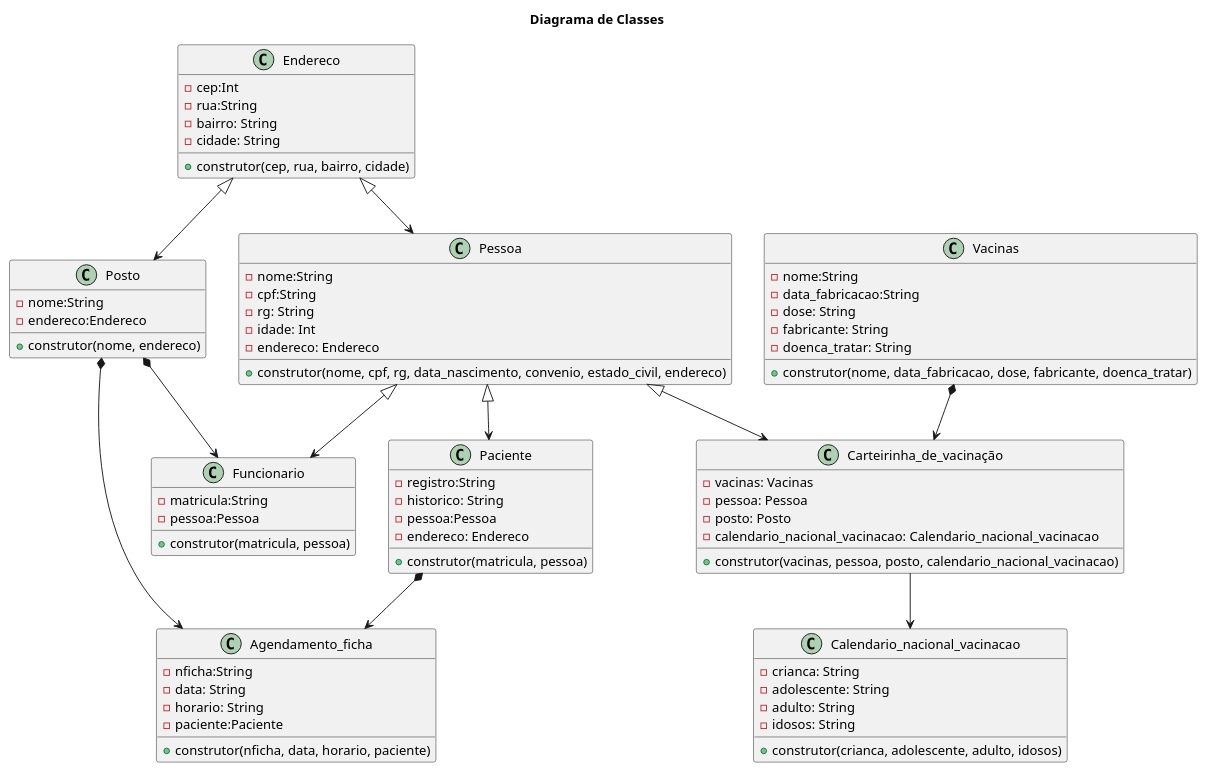
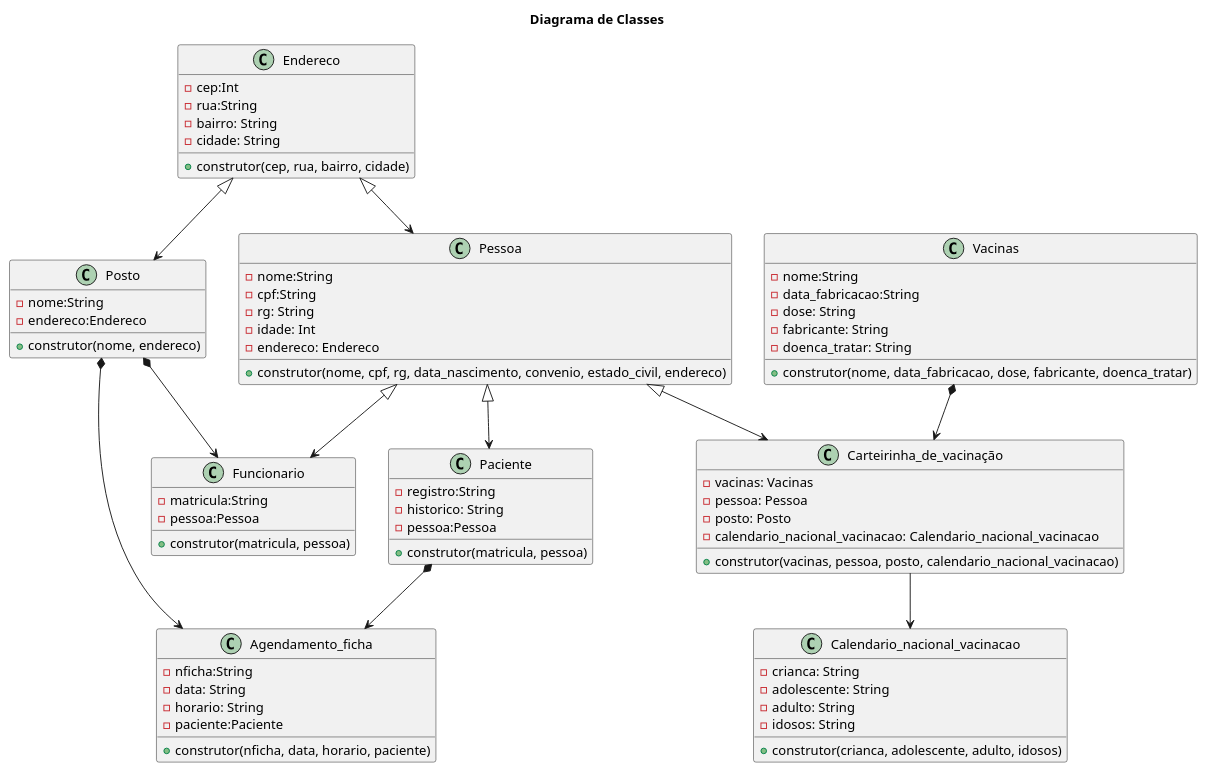
Before and after one commit to anleaes/2022-1-N2-POO-04: the diagram in @startuml herenca composicao.plantUML, drawn with PlantUML.

Commit message:
reformulação do paciente no diagrama

```diff
--- a/@startuml herenca composicao.plantUML
+++ b/@startuml herenca composicao.plantUML
@@ -1,92 +1,91 @@
 @startuml herenca composicao
 
 title Diagrama de Classes
 
 class Carteirinha_de_vacinação{
     - vacinas: Vacinas
     - pessoa: Pessoa
     - posto: Posto
     - calendario_nacional_vacinacao: Calendario_nacional_vacinacao
     + construtor(vacinas, pessoa, posto, calendario_nacional_vacinacao)
 } 
  
 
 class Posto{
     - nome:String
     - endereco:Endereco
     + construtor(nome, endereco)
 
 }
 
 class Calendario_nacional_vacinacao{
     - crianca: String
     - adolescente: String
     - adulto: String
     - idosos: String
     + construtor(crianca, adolescente, adulto, idosos)
 } 
 
 
 
 class Endereco{
     - cep:Int
     - rua:String
     - bairro: String
     - cidade: String
     + construtor(cep, rua, bairro, cidade)
 }
 
 class Pessoa{
     - nome:String
     - cpf:String
     - rg: String
     - idade: Int
     - endereco: Endereco
     + construtor(nome, cpf, rg, data_nascimento, convenio, estado_civil, endereco)
 }
 class Vacinas{
     - nome:String
     - data_fabricacao:String
     - dose: String
     - fabricante: String
     - doenca_tratar: String
     + construtor(nome, data_fabricacao, dose, fabricante, doenca_tratar)
 }
 
 class Funcionario{
     - matricula:String
     - pessoa:Pessoa
     + construtor(matricula, pessoa)
 
 }
 
 class Paciente{
     - registro:String
     - historico: String
     - pessoa:Pessoa
-    - endereco: Endereco
     + construtor(matricula, pessoa)
     }
 
 class Agendamento_ficha{
     - nficha:String
     - data: String
     - horario: String
     - paciente:Paciente
     + construtor(nficha, data, horario, paciente)
     }
 
 Pessoa <|--> Paciente
 Pessoa <|--> Funcionario
 Endereco <|--> Pessoa
 Endereco <|--> Posto
 Carteirinha_de_vacinação --> Calendario_nacional_vacinacao
 Pessoa <|--> Carteirinha_de_vacinação 
 
 Posto *--> Funcionario
 Posto *--> Agendamento_ficha
 Vacinas *--> Carteirinha_de_vacinação
 Paciente *--> Agendamento_ficha
 
 
 @enduml 
```
